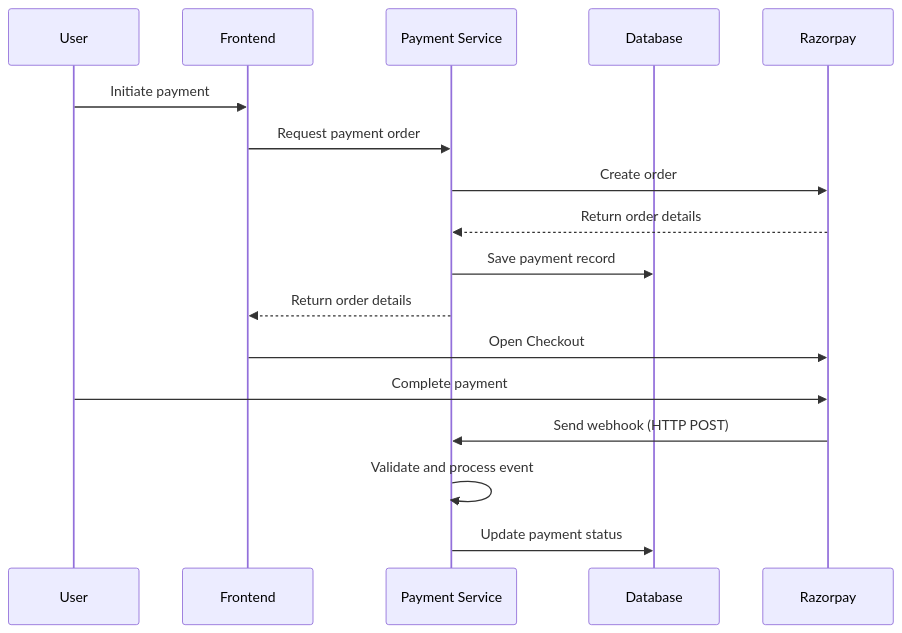
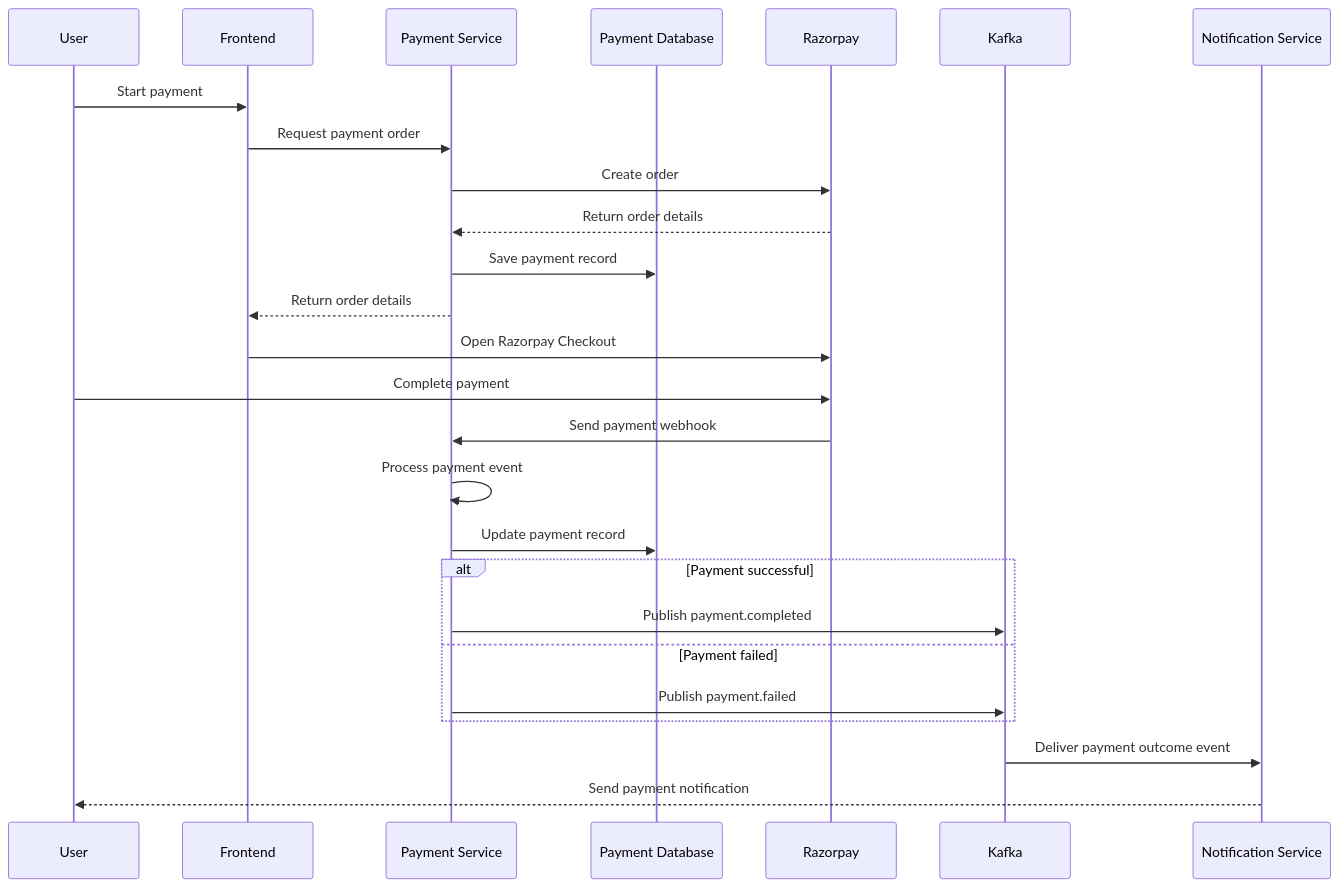
One commit to brimazidane1/Banking-FraudDetectionSystem changed the fourth of 4 diagrams in README.md. Above: the diagram before and after it, drawn with Mermaid. The commit also changed other lines of this file, not shown here.

````diff
--- a/README.md
+++ b/README.md
@@ -194,20 +390,29 @@
-```mermaid
+``` mermaid
 sequenceDiagram
     participant User
     participant Frontend
-    participant Backend as Payment Service
-    participant DB as Database
-    participant Razorpay
+    participant PS as Payment Service
+    participant DB as Payment Database
+    participant RZ as Razorpay
+    participant Kafka
+    participant NS as Notification Service
 
-    User->>Frontend: Initiate payment
-    Frontend->>Backend: Request payment order
-    Backend->>Razorpay: Create order
-    Razorpay-->>Backend: Return order details
-    Backend->>DB: Save payment record
-    Backend-->>Frontend: Return order details
-    Frontend->>Razorpay: Open Checkout
-    User->>Razorpay: Complete payment
-    Razorpay->>Backend: Send webhook (HTTP POST)
-    Backend->>Backend: Validate and process event
-    Backend->>DB: Update payment status
+    User->>Frontend: Start payment
+    Frontend->>PS: Request payment order
+    PS->>RZ: Create order
+    RZ-->>PS: Return order details
+    PS->>DB: Save payment record
+    PS-->>Frontend: Return order details
+    Frontend->>RZ: Open Razorpay Checkout
+    User->>RZ: Complete payment
+    RZ->>PS: Send payment webhook
+    PS->>PS: Process payment event
+    PS->>DB: Update payment record
+    alt Payment successful
+        PS->>Kafka: Publish payment.completed
+    else Payment failed
+        PS->>Kafka: Publish payment.failed
+    end
+    Kafka->>NS: Deliver payment outcome event
+    NS-->>User: Send payment notification
 ```
````
